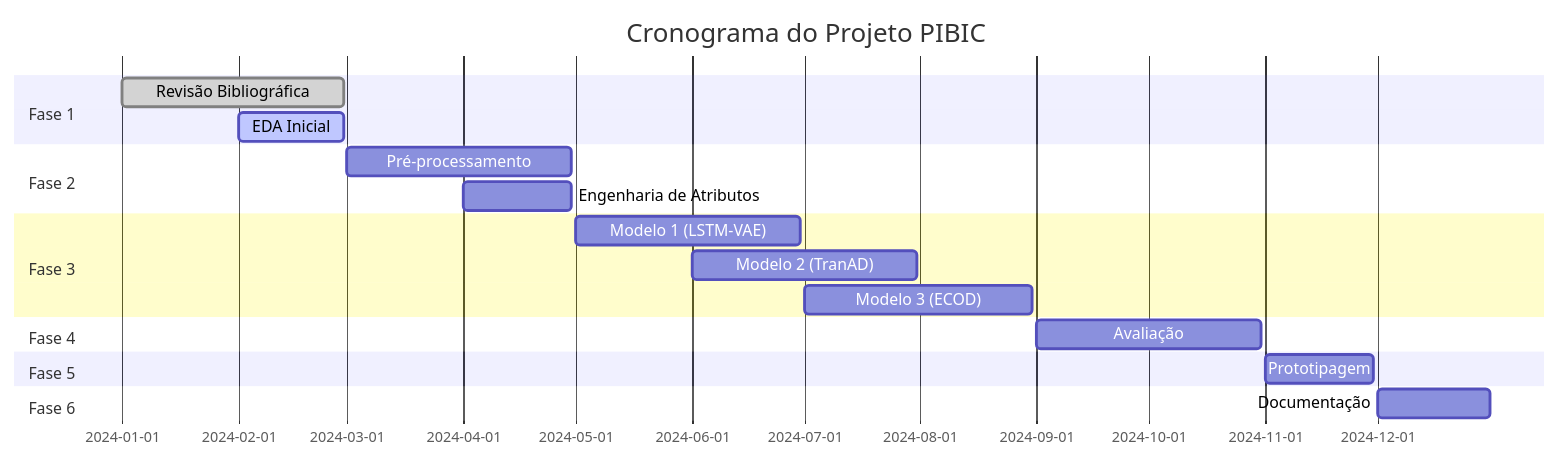
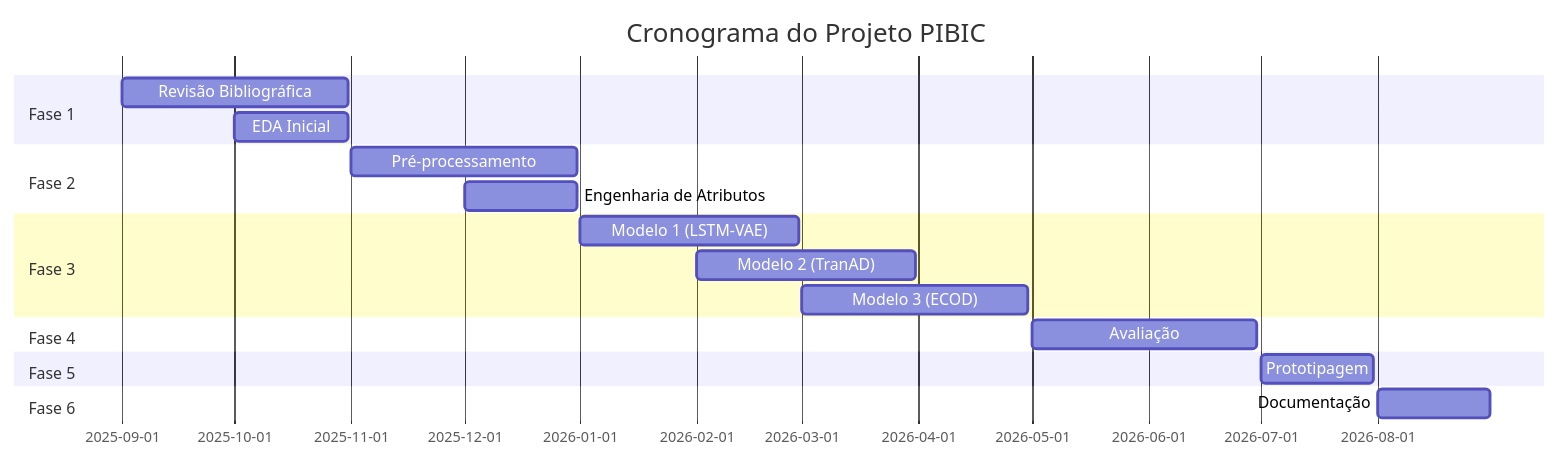
One commit to RafaelAlvesTech/petrobras-offshore-wells-anomaly-detection-control-charts changed the second of 2 diagrams in README.md. Above: the diagram before and after it, drawn with Mermaid. The commit also changed other lines of this file, not shown here.

````diff
--- a/README.md
+++ b/README.md
@@ -257,21 +257,21 @@
 ```mermaid
 gantt
     title Cronograma do Projeto PIBIC
     dateFormat  YYYY-MM-DD
     section Fase 1
-    Revisão Bibliográfica    :done,    des1, 2024-01-01, 2024-02-29
-    EDA Inicial             :active,  des2, 2024-02-01, 2024-02-29
+    Revisão Bibliográfica    :         des1, 2025-09-01, 2025-10-31
+    EDA Inicial             :         des2, 2025-10-01, 2025-10-31
     section Fase 2
-    Pré-processamento       :         des3, 2024-03-01, 2024-04-30
-    Engenharia de Atributos :         des4, 2024-04-01, 2024-04-30
+    Pré-processamento       :         des3, 2025-11-01, 2025-12-31
+    Engenharia de Atributos :         des4, 2025-12-01, 2025-12-31
     section Fase 3
-    Modelo 1 (LSTM-VAE)     :         des5, 2024-05-01, 2024-06-30
-    Modelo 2 (TranAD)       :         des6, 2024-06-01, 2024-07-31
-    Modelo 3 (ECOD)         :         des7, 2024-07-01, 2024-08-31
+    Modelo 1 (LSTM-VAE)     :         des5, 2026-01-01, 2026-02-28
+    Modelo 2 (TranAD)       :         des6, 2026-02-01, 2026-03-31
+    Modelo 3 (ECOD)         :         des7, 2026-03-01, 2026-04-30
     section Fase 4
-    Avaliação               :         des8, 2024-09-01, 2024-10-31
+    Avaliação               :         des8, 2026-05-01, 2026-06-30
     section Fase 5
-    Prototipagem            :         des9, 2024-11-01, 2024-11-30
+    Prototipagem            :         des9, 2026-07-01, 2026-07-31
     section Fase 6
-    Documentação            :         des10, 2024-12-01, 2024-12-31
+    Documentação            :         des10, 2026-08-01, 2026-08-31
 ```
````
